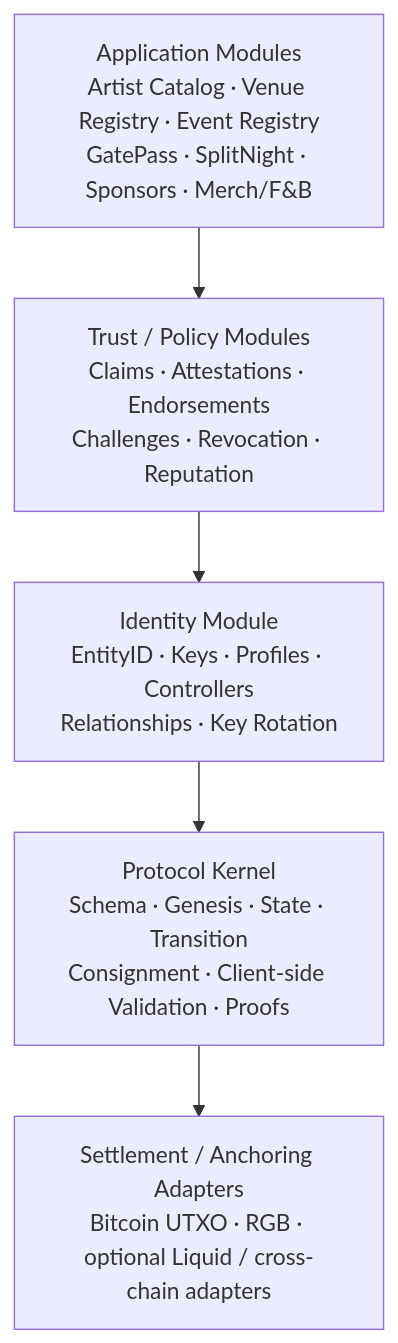
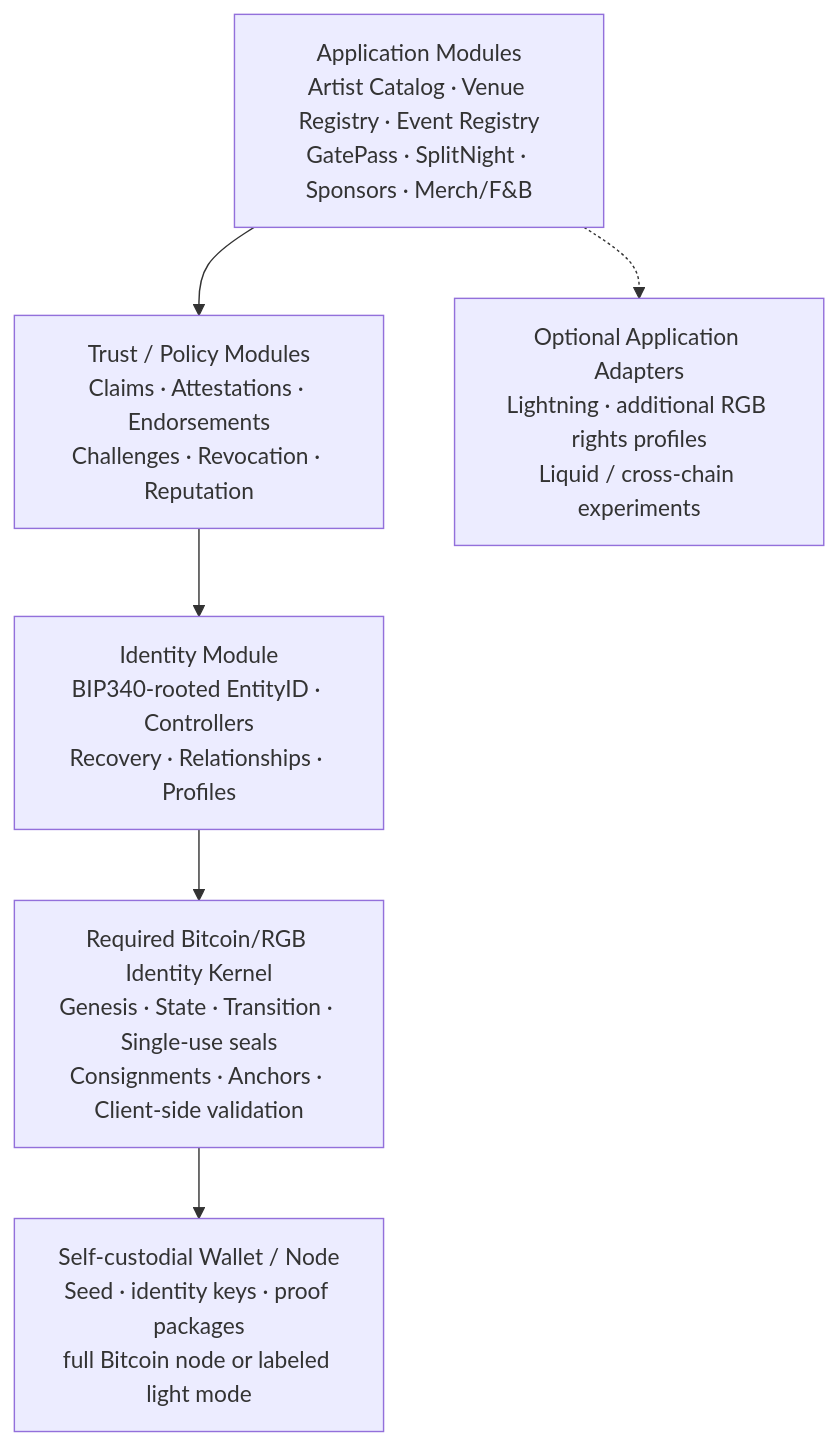
The diagram in docs/diagrams/01-modular-layered-architecture.md (EdwinKestler/o2a-protocol), drawn with Mermaid before and after one commit. The commit also changed other lines of this file and 46 other files, not shown here.

Commit message:
Align O2A with Bitcoin-rooted self-custodial identity

````diff
--- a/docs/diagrams/01-modular-layered-architecture.md
+++ b/docs/diagrams/01-modular-layered-architecture.md
@@ -5,13 +5,15 @@
 ```mermaid
 flowchart TB
     APP["Application Modules<br/>Artist Catalog · Venue Registry · Event Registry<br/>GatePass · SplitNight · Sponsors · Merch/F&B"]
     TRUST["Trust / Policy Modules<br/>Claims · Attestations · Endorsements<br/>Challenges · Revocation · Reputation"]
-    ID["Identity Module<br/>EntityID · Keys · Profiles · Controllers<br/>Relationships · Key Rotation"]
-    KERNEL["Protocol Kernel<br/>Schema · Genesis · State · Transition<br/>Consignment · Client-side Validation · Proofs"]
-    SETTLE["Settlement / Anchoring Adapters<br/>Bitcoin UTXO · RGB · optional Liquid / cross-chain adapters"]
+    ID["Identity Module<br/>BIP340-rooted EntityID · Controllers<br/>Recovery · Relationships · Profiles"]
+    KERNEL["Required Bitcoin/RGB Identity Kernel<br/>Genesis · State · Transition · Single-use seals<br/>Consignments · Anchors · Client-side validation"]
+    WALLET["Self-custodial Wallet / Node<br/>Seed · identity keys · proof packages<br/>full Bitcoin node or labeled light mode"]
+    EXT["Optional Application Adapters<br/>Lightning · additional RGB rights profiles<br/>Liquid / cross-chain experiments"]
 
     APP --> TRUST
     TRUST --> ID
     ID --> KERNEL
-    KERNEL --> SETTLE
+    KERNEL --> WALLET
+    APP -.-> EXT
 ```
````
